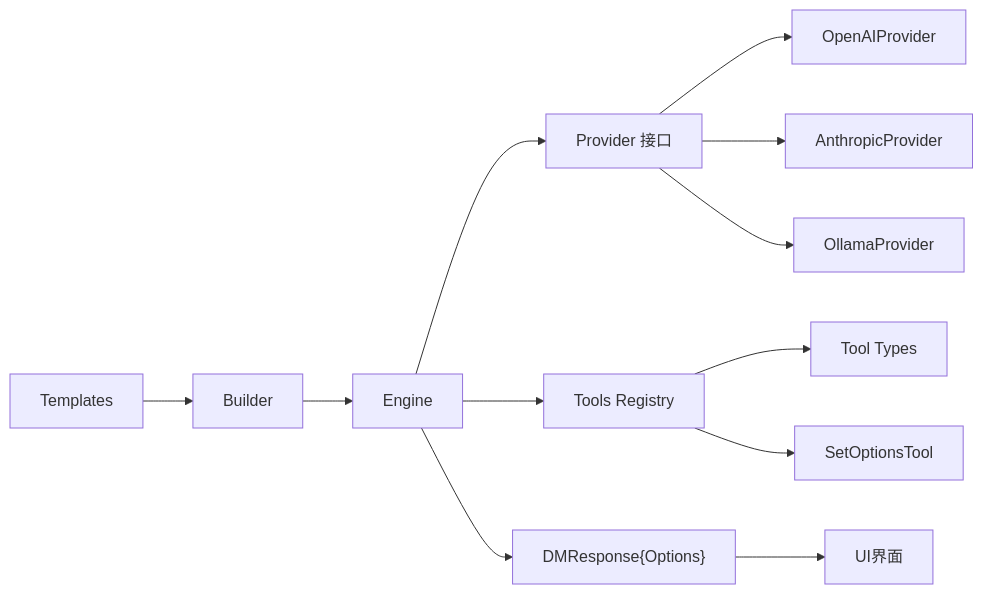
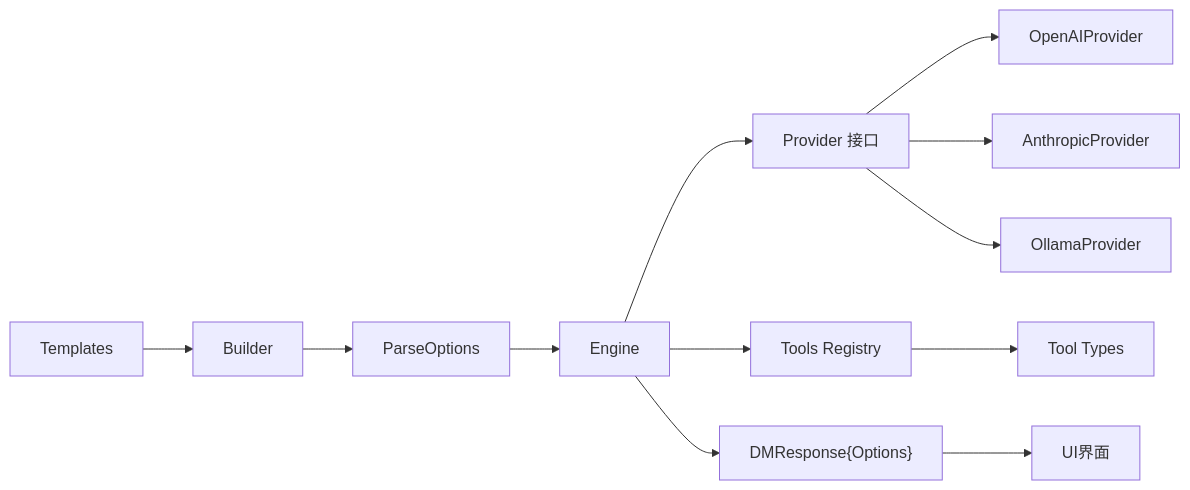
The ninth of 9 diagrams in .qoder/repowiki/zh/content/LLM集成系统/提示词系统.md (zwh8800/cdnd), drawn with Mermaid before and after one commit. The commit also changed other lines of this file and 6 other files, not shown here.

````diff
--- a/.qoder/repowiki/zh/content/LLM集成系统/提示词系统.md
+++ b/.qoder/repowiki/zh/content/LLM集成系统/提示词系统.md
@@ -398,14 +426,14 @@
 ```mermaid
 graph LR
 TPL["Templates"] --> BLD["Builder"]
-BLD --> ENG["Engine"]
+BLD --> OPTPARSE["ParseOptions"]
+OPTPARSE --> ENG["Engine"]
 ENG --> IFACE["Provider 接口"]
 IFACE --> OPENAI["OpenAIProvider"]
 IFACE --> ANTH["AnthropicProvider"]
 IFACE --> OLL["OllamaProvider"]
 ENG --> TOOLREG["Tools Registry"]
 TOOLREG --> TYPES["Tool Types"]
-TOOLREG --> SETOPT["SetOptionsTool"]
 ENG --> DMRESP["DMResponse{Options}"]
 DMRESP --> UI["UI界面"]
 ```
````
